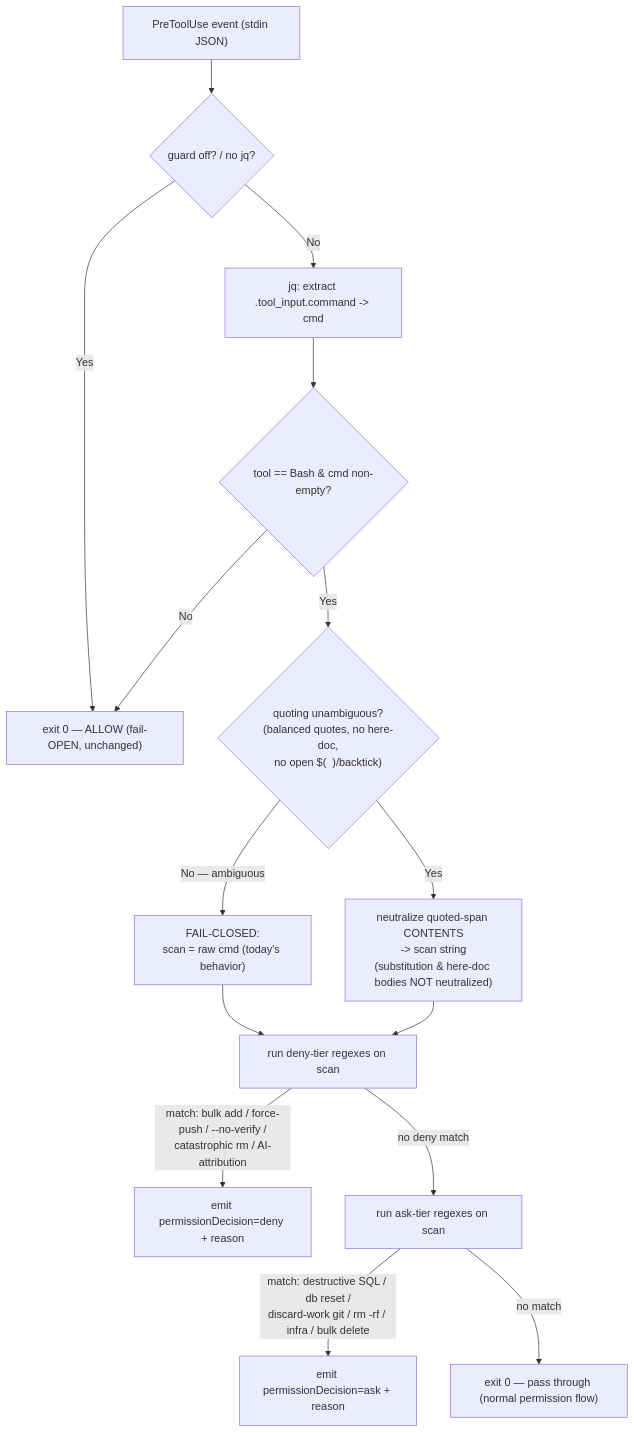
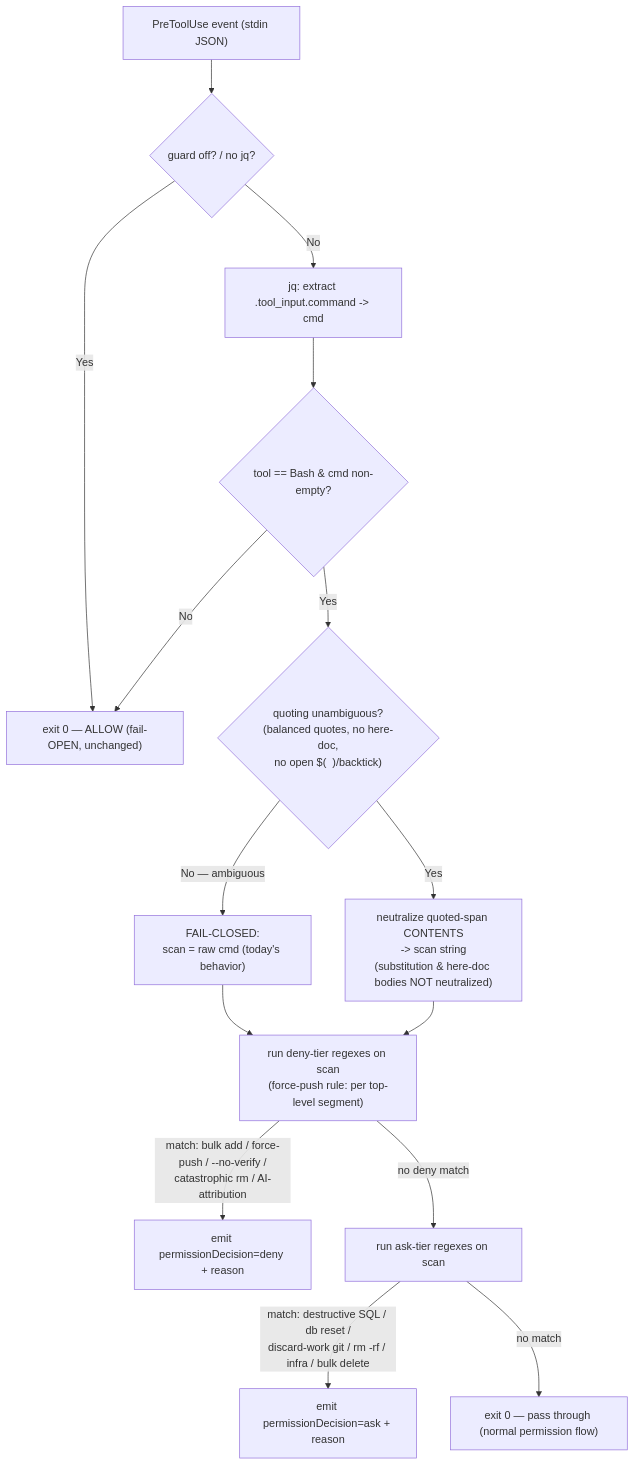
The diagram in docs/plans/7_guard-quoted-arg-precision.md (Sfzmango/Maungs-agentic-toolbelt), drawn with Mermaid before and after one commit. The commit also changed other lines of this file and 5 other files, not shown here.

First line of the commit message:
[7] Plan: scope the guard force-push rule to the push's own command segment (#18)

````diff
--- a/docs/plans/7_guard-quoted-arg-precision.md
+++ b/docs/plans/7_guard-quoted-arg-precision.md
@@ -19,17 +21,17 @@
 ```mermaid
 flowchart TD
     A["PreToolUse event (stdin JSON)"] --> B{"guard off? / no jq?"}
     B -->|Yes| ALLOW["exit 0 — ALLOW (fail-OPEN, unchanged)"]
     B -->|No| C["jq: extract .tool_input.command -> cmd"]
     C --> D{"tool == Bash & cmd non-empty?"}
     D -->|No| ALLOW
     D -->|Yes| E{"quoting unambiguous?<br/>(balanced quotes, no here-doc,<br/>no open $(  )/backtick)"}
     E -->|"No — ambiguous"| F["FAIL-CLOSED:<br/>scan = raw cmd (today's behavior)"]
     E -->|"Yes"| G["neutralize quoted-span CONTENTS<br/>-> scan string<br/>(substitution & here-doc bodies NOT neutralized)"]
-    F --> H["run deny-tier regexes on scan"]
+    F --> H["run deny-tier regexes on scan<br/>(force-push rule: per top-level segment)"]
     G --> H
     H -->|"match: bulk add / force-push / --no-verify /<br/>catastrophic rm / AI-attribution"| DENY["emit permissionDecision=deny + reason"]
     H -->|"no deny match"| I["run ask-tier regexes on scan"]
     I -->|"match: destructive SQL / db reset /<br/>discard-work git / rm -rf / infra / bulk delete"| ASK["emit permissionDecision=ask + reason"]
     I -->|"no match"| PASS["exit 0 — pass through (normal permission flow)"]
 ```
````
